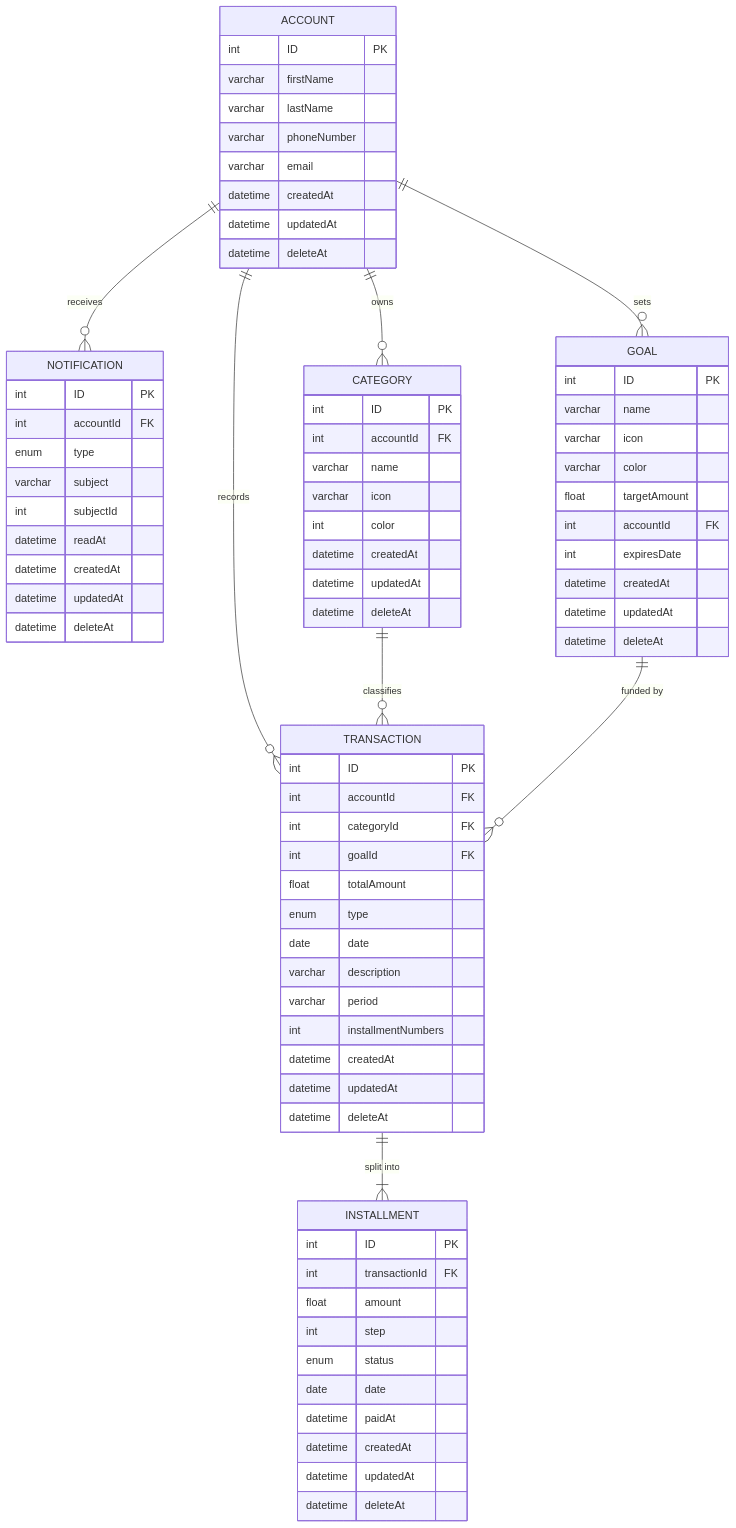
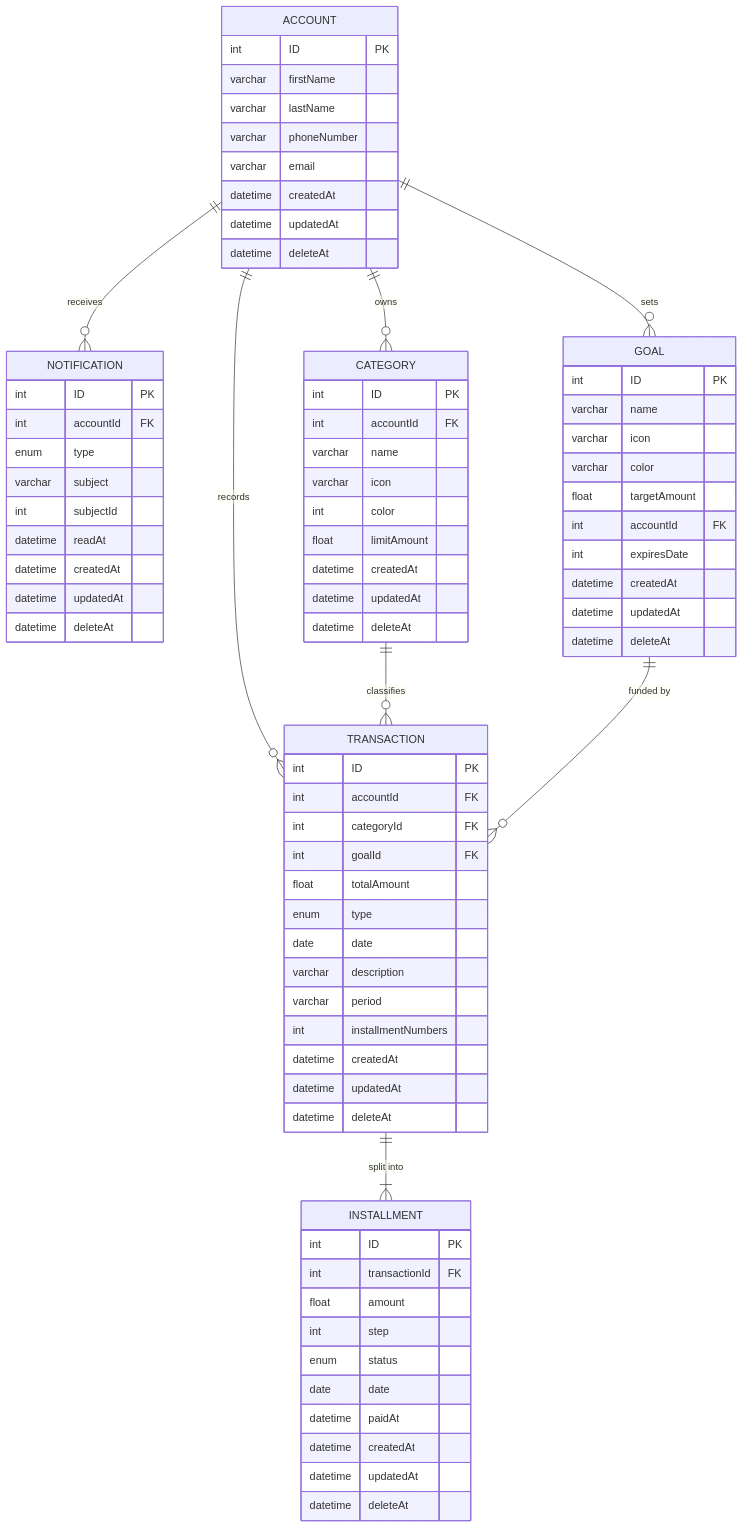
The diagram in docs/erd.md (Alan-pereiraa/FlowFi), drawn with Mermaid before and after one commit. The commit also changed other lines of this file and 17 other files, not shown here.

```diff
--- a/docs/erd.md
+++ b/docs/erd.md
@@ -70,11 +80,12 @@
     }
 
     CATEGORY {
-        int      ID        PK
-        int      accountId FK
+        int      ID          PK
+        int      accountId   FK
         varchar  name
         varchar  icon
         int      color
+        float    limitAmount
         datetime createdAt
         datetime updatedAt
         datetime deleteAt
```
